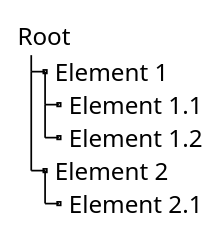
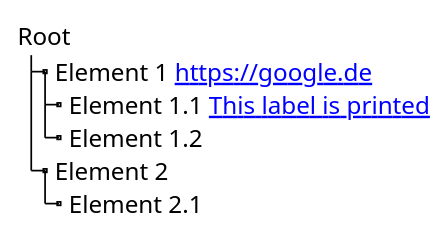
The first of 2 diagrams in content/geometry/Introduction.adoc (nakohdo/OpenMATERIAL), drawn with PlantUML before and after one commit.

Commit message:
Add links to tree.

```diff
--- a/content/geometry/Introduction.adoc
+++ b/content/geometry/Introduction.adoc
@@ -5,15 +5,15 @@
 [plantuml ]
 ----
 skinparam Legend {
 	BackgroundColor transparent
 	BorderColor transparent
 }
 legend
 Root
-|_ Element 1
-  |_ Element 1.1
+|_ Element 1 [[https://google.de]]
+  |_ Element 1.1 [[http://plantuml.com{Optional tooltip} This label is printed]]
   |_ Element 1.2
 |_ Element 2
   |_ Element 2.1
 end legend
 ----
```
